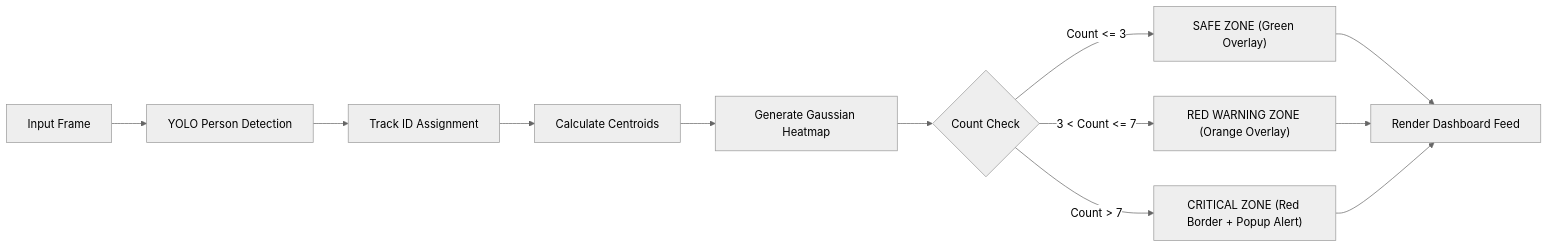
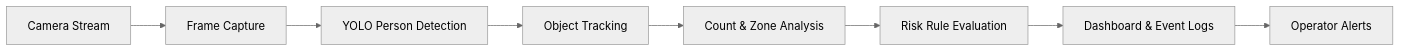
The second of 2 diagrams in README.md (Chaitu1710/Crowd_Monitoring_System), drawn with Mermaid (neutral theme) before and after one commit. The commit also changed other lines of this file and 1 other file, not shown here.

````diff
--- a/README.md
+++ b/README.md
@@ -84,16 +109,10 @@
 ```mermaid
 flowchart LR
-    F["Input Frame"] --> Y["YOLO Person Detection"]
-    Y --> T["Track ID Assignment"]
-    T --> C["Calculate Centroids"]
-    C --> H["Generate Gaussian Heatmap"]
-    
-    H --> R{"Count Check"}
-    R -- "Count <= 3" --> SAFE["SAFE ZONE (Green Overlay)"]
-    R -- "3 < Count <= 7" --> WARN["RED WARNING ZONE (Orange Overlay)"]
-    R -- "Count > 7" --> CRIT["CRITICAL ZONE (Red Border + Popup Alert)"]
-
-    SAFE --> D["Render Dashboard Feed"]
-    WARN --> D
-    CRIT --> D
+    A["Camera Stream"] --> B["Frame Capture"]
+    B --> C["YOLO Person Detection"]
+    C --> D["Object Tracking"]
+    D --> E["Count & Zone Analysis"]
+    E --> F["Risk Rule Evaluation"]
+    F --> G["Dashboard & Event Logs"]
+    G --> H["Operator Alerts"]
 ```
````
